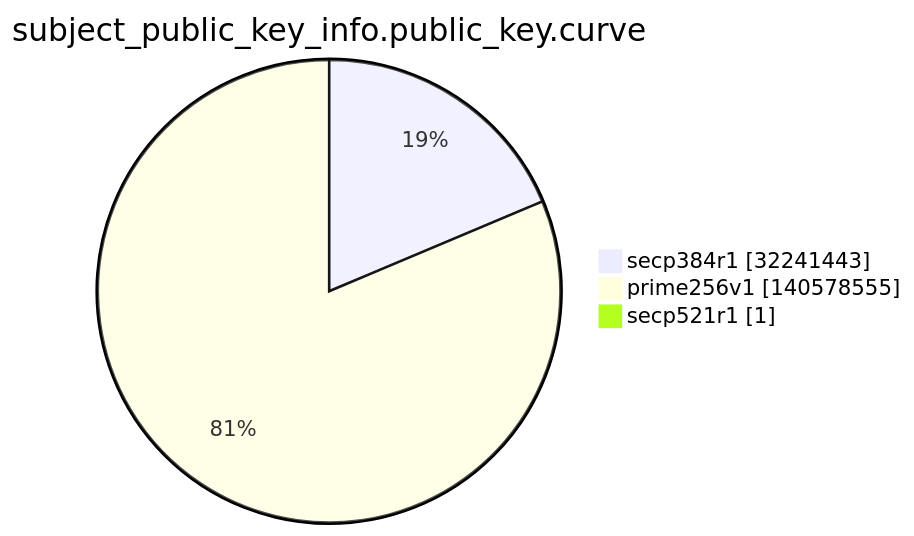
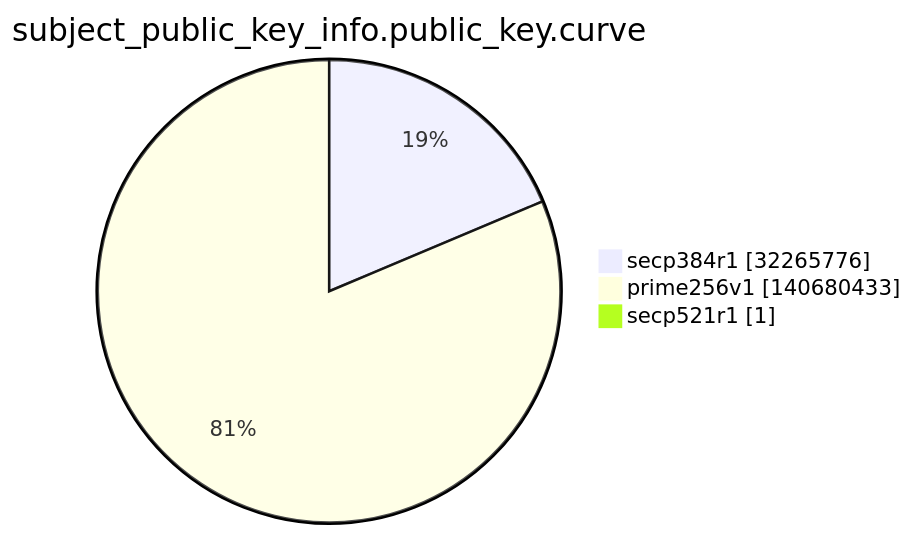
Before and after one commit to christiankrug/ctmonitor_visualization: the ninth of 15 diagrams in argon2022/README.md, drawn with Mermaid. The commit also changed other lines of this file, not shown here.

````diff
--- a/argon2022/README.md
+++ b/argon2022/README.md
@@ -2762,7 +2762,7 @@
 ```mermaid
 pie showData
 title subject_public_key_info.public_key.curve
-"secp384r1" :32241443
-"prime256v1" :140578555
+"secp384r1" :32265776
+"prime256v1" :140680433
 "secp521r1" :1
 ```
````
